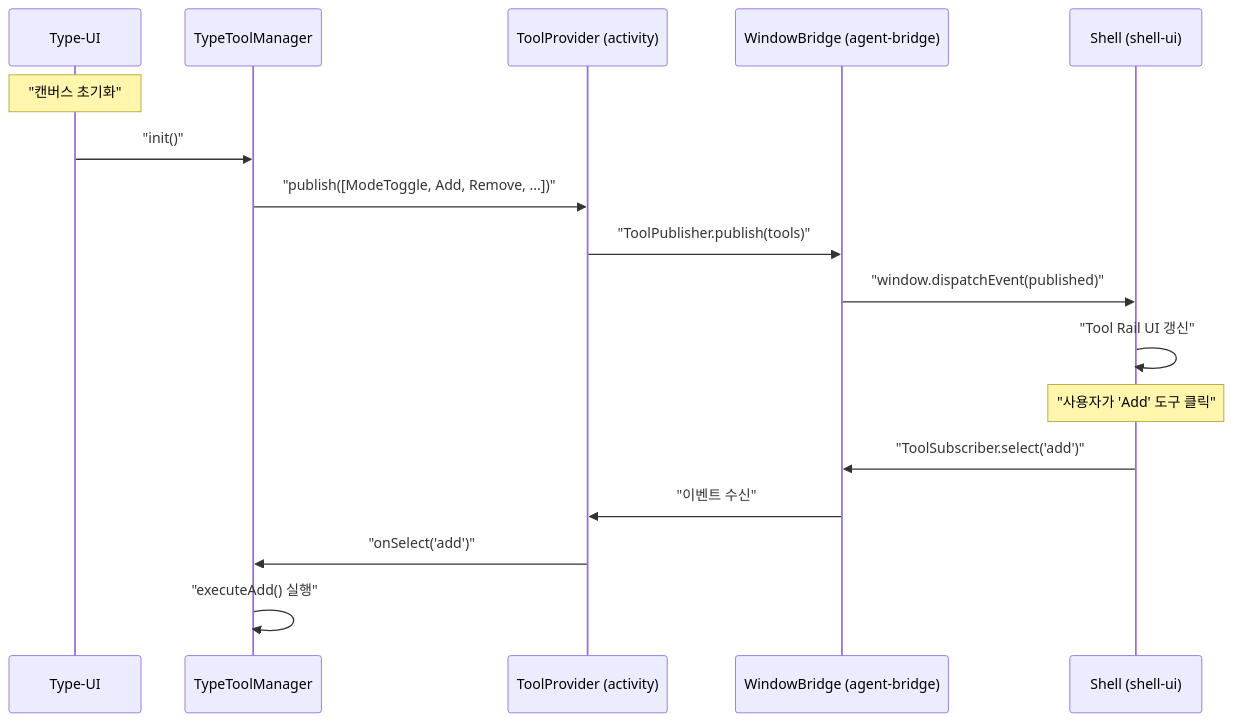
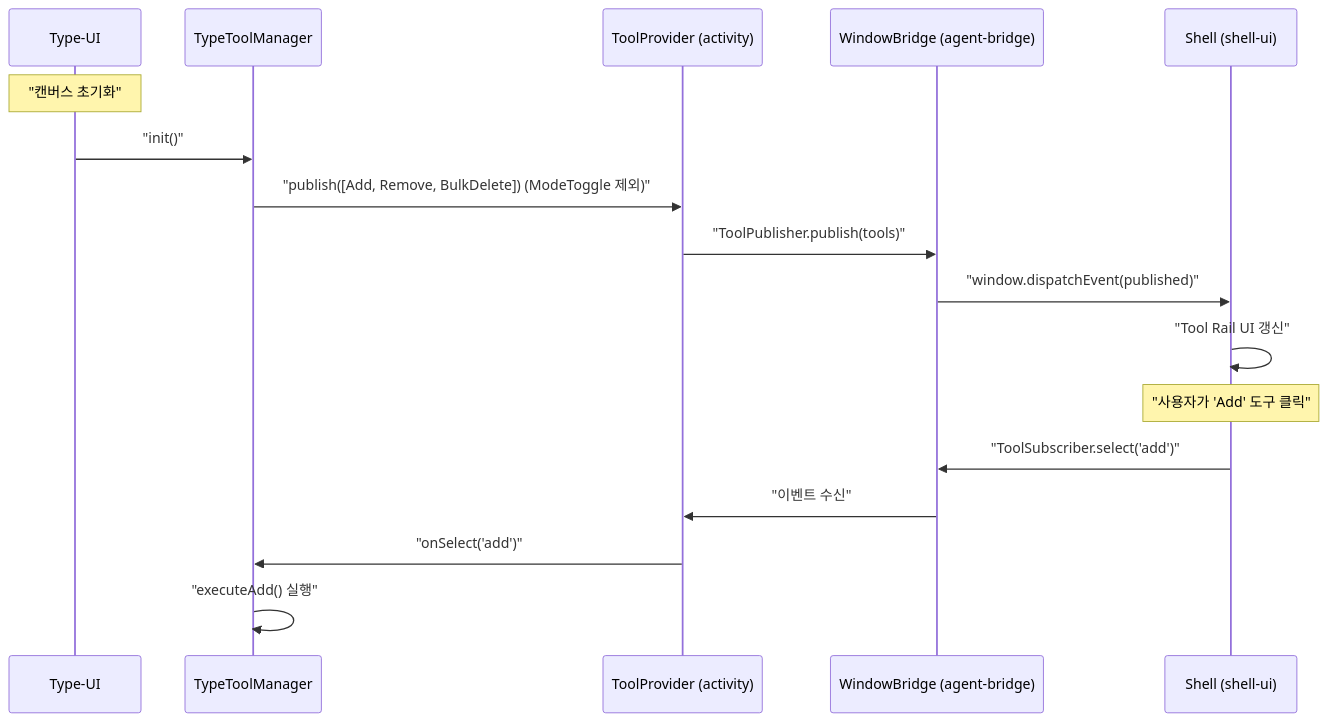
The second of 15 diagrams in type-ui/USECASE.md (sayaya1090/handbook), drawn with Mermaid before and after one commit. The commit also changed other lines of this file, not shown here.

````diff
--- a/type-ui/USECASE.md
+++ b/type-ui/USECASE.md
@@ -30,21 +30,21 @@
 ```mermaid
 sequenceDiagram
     participant C as Type-UI
     participant TM as TypeToolManager
     participant TP as ToolProvider (activity)
     participant B as WindowBridge (agent-bridge)
     participant S as Shell (shell-ui)
 
     Note over C: "캔버스 초기화"
     C->>TM: "init()"
-    TM->>TP: "publish([ModeToggle, Add, Remove, ...])"
+    TM->>TP: "publish([Add, Remove, BulkDelete]) (ModeToggle 제외)"
     TP->>B: "ToolPublisher.publish(tools)"
     B->>S: "window.dispatchEvent(published)"
     S->>S: "Tool Rail UI 갱신"
 
     Note over S: "사용자가 'Add' 도구 클릭"
     S->>B: "ToolSubscriber.select('add')"
     B->>TP: "이벤트 수신"
     TP->>TM: "onSelect('add')"
     TM->>TM: "executeAdd() 실행"
 ```
````
